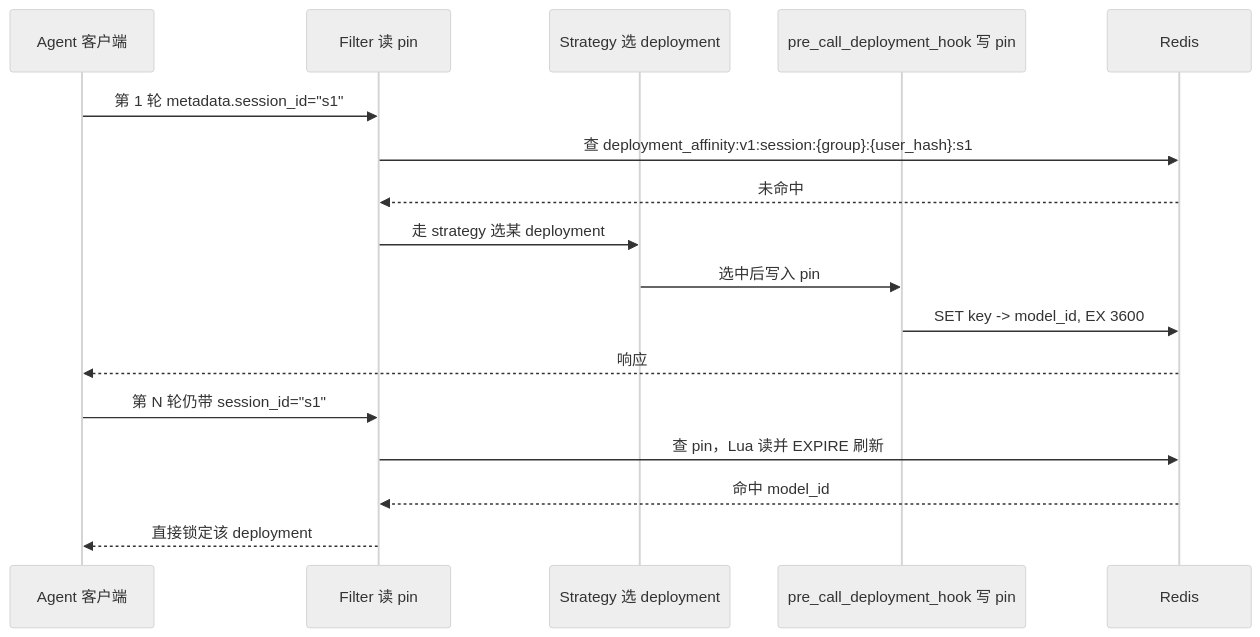
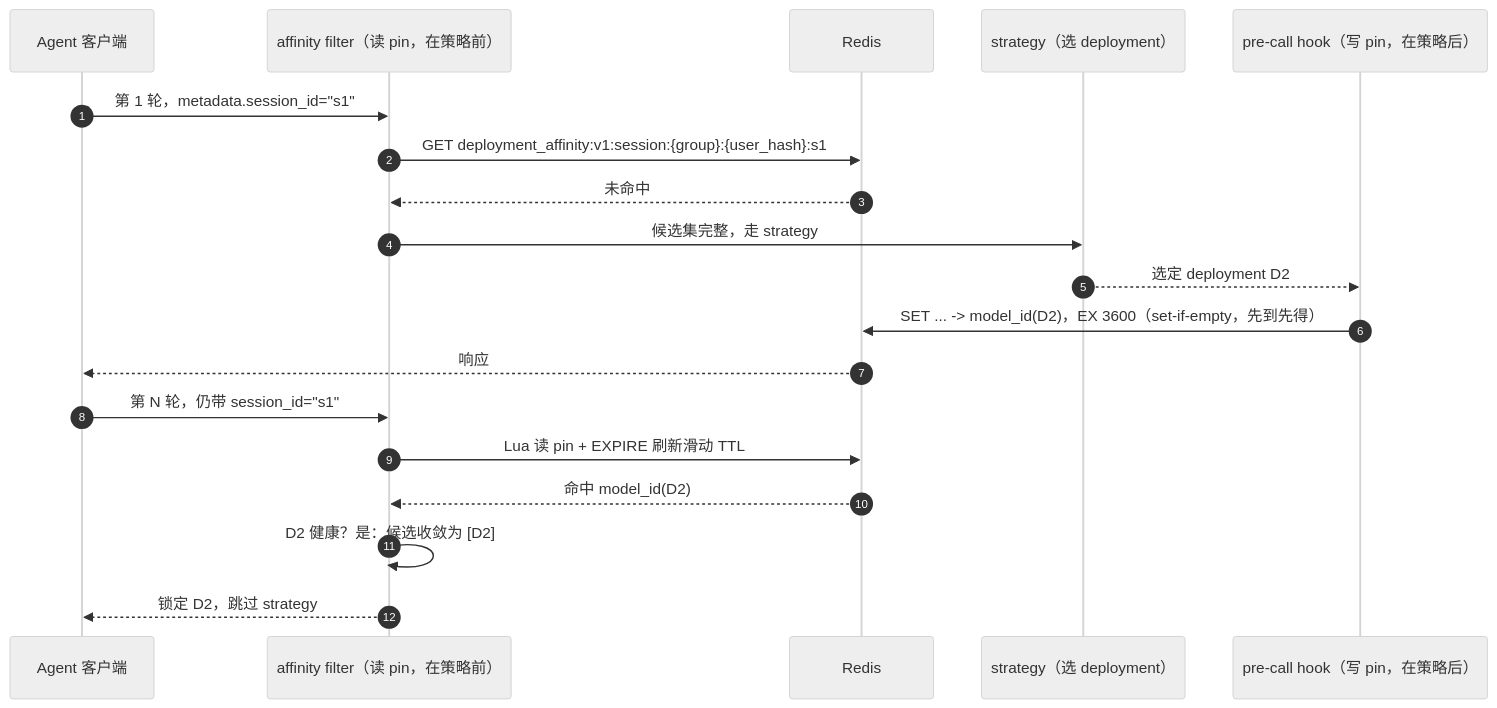
One commit to hanhanzhang/KnowAtlas changed the ninth of 13 diagrams in wiki/tech/gateway/litellm.md. Above: the diagram before and after it, drawn with Mermaid (neutral theme). The commit also changed other lines of this file, not shown here.

````diff
--- a/wiki/tech/gateway/litellm.md
+++ b/wiki/tech/gateway/litellm.md
@@ -451,19 +608,22 @@
 ```mermaid
 sequenceDiagram
+    autonumber
     participant C as Agent 客户端
-    participant F as Filter 读 pin
-    participant S as Strategy 选 deployment
-    participant W as pre_call_deployment_hook 写 pin
+    participant F as affinity filter（读 pin，在策略前）
     participant R as Redis
-    C->>F: 第 1 轮 metadata.session_id="s1"
-    F->>R: 查 deployment_affinity:v1:session:{group}:{user_hash}:s1
+    participant ST as strategy（选 deployment）
+    participant W as pre-call hook（写 pin，在策略后）
+
+    C->>F: 第 1 轮，metadata.session_id="s1"
+    F->>R: GET deployment_affinity:v1:session:{group}:{user_hash}:s1
     R-->>F: 未命中
-    F->>S: 走 strategy 选某 deployment
-    S->>W: 选中后写入 pin
-    W->>R: SET key -> model_id, EX 3600
+    F->>ST: 候选集完整，走 strategy
+    ST-->>W: 选定 deployment D2
+    W->>R: SET ... -> model_id(D2)，EX 3600（set-if-empty，先到先得）
     R-->>C: 响应
-    C->>F: 第 N 轮仍带 session_id="s1"
-    F->>R: 查 pin，Lua 读并 EXPIRE 刷新
-    R-->>F: 命中 model_id
-    F-->>C: 直接锁定该 deployment
+    C->>F: 第 N 轮，仍带 session_id="s1"
+    F->>R: Lua 读 pin + EXPIRE 刷新滑动 TTL
+    R-->>F: 命中 model_id(D2)
+    F->>F: D2 健康？是：候选收敛为 [D2]
+    F-->>C: 锁定 D2，跳过 strategy
 ```
````
